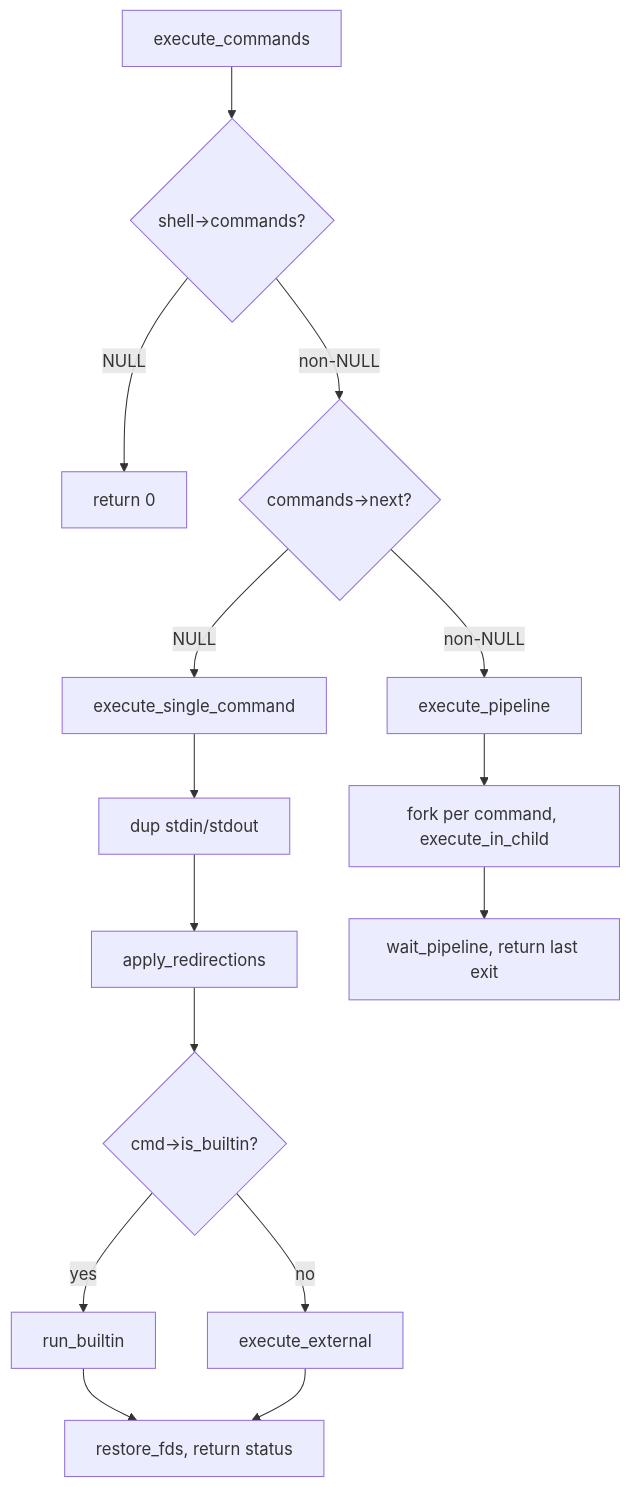
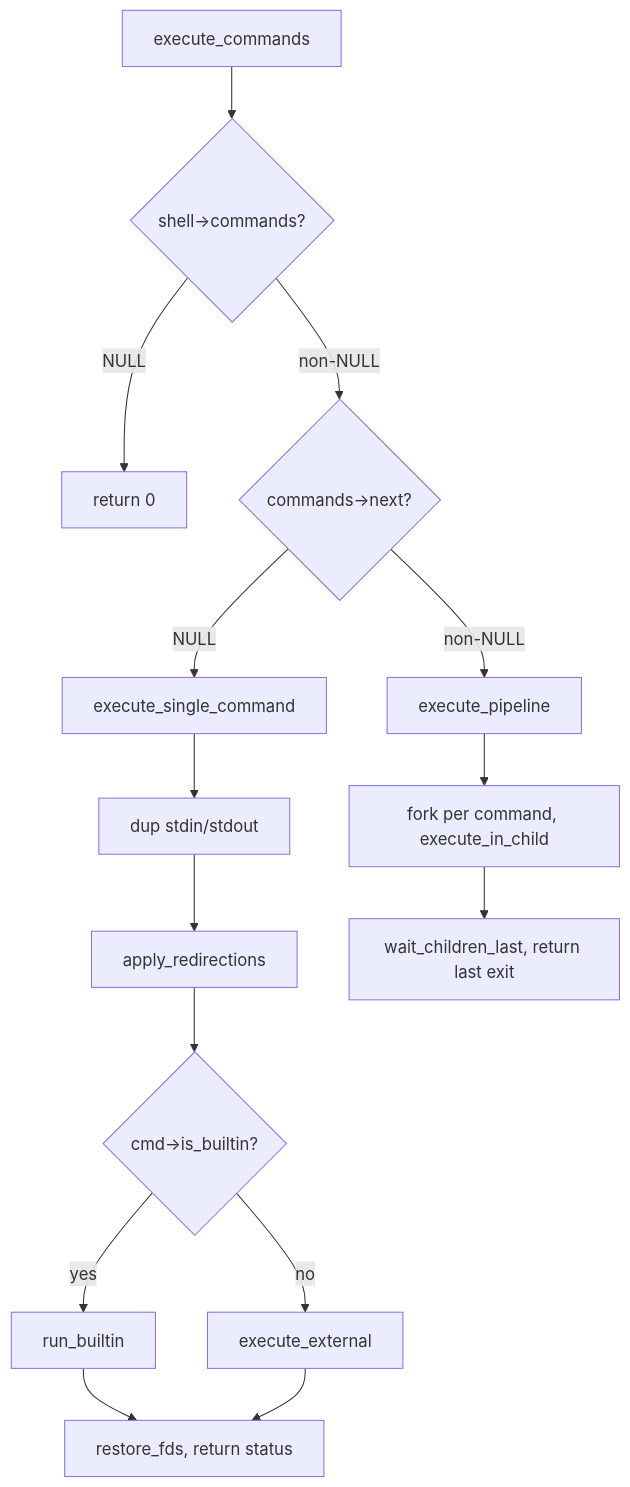
Before and after one commit to gkhavari/minishell: the fifth of 5 diagrams in docs/MINISHELL_ARCHITECTURE.md, drawn with Mermaid. The commit also changed other lines of this file and 8 other files, not shown here.

````diff
--- a/docs/MINISHELL_ARCHITECTURE.md
+++ b/docs/MINISHELL_ARCHITECTURE.md
@@ -702,18 +703,18 @@
 ```mermaid
 flowchart TD
     EC[execute_commands]
     EC --> NO_CMD{shell->commands?}
     NO_CMD -->|NULL| R0[return 0]
     NO_CMD -->|non-NULL| ONE{commands->next?}
     ONE -->|NULL| SINGLE[execute_single_command]
     ONE -->|non-NULL| PIPE[execute_pipeline]
     SINGLE --> BACKUP[dup stdin/stdout]
     BACKUP --> APPLY[apply_redirections]
     APPLY --> BUILTIN{cmd->is_builtin?}
     BUILTIN -->|yes| RUN_B[run_builtin]
     BUILTIN -->|no| EXT[execute_external]
     RUN_B --> RESTORE[restore_fds, return status]
     EXT --> RESTORE
     PIPE --> FORK[fork per command, execute_in_child]
-    FORK --> WAIT[wait_pipeline, return last exit]
+    FORK --> WAIT[wait_children_last, return last exit]
 ```
````
